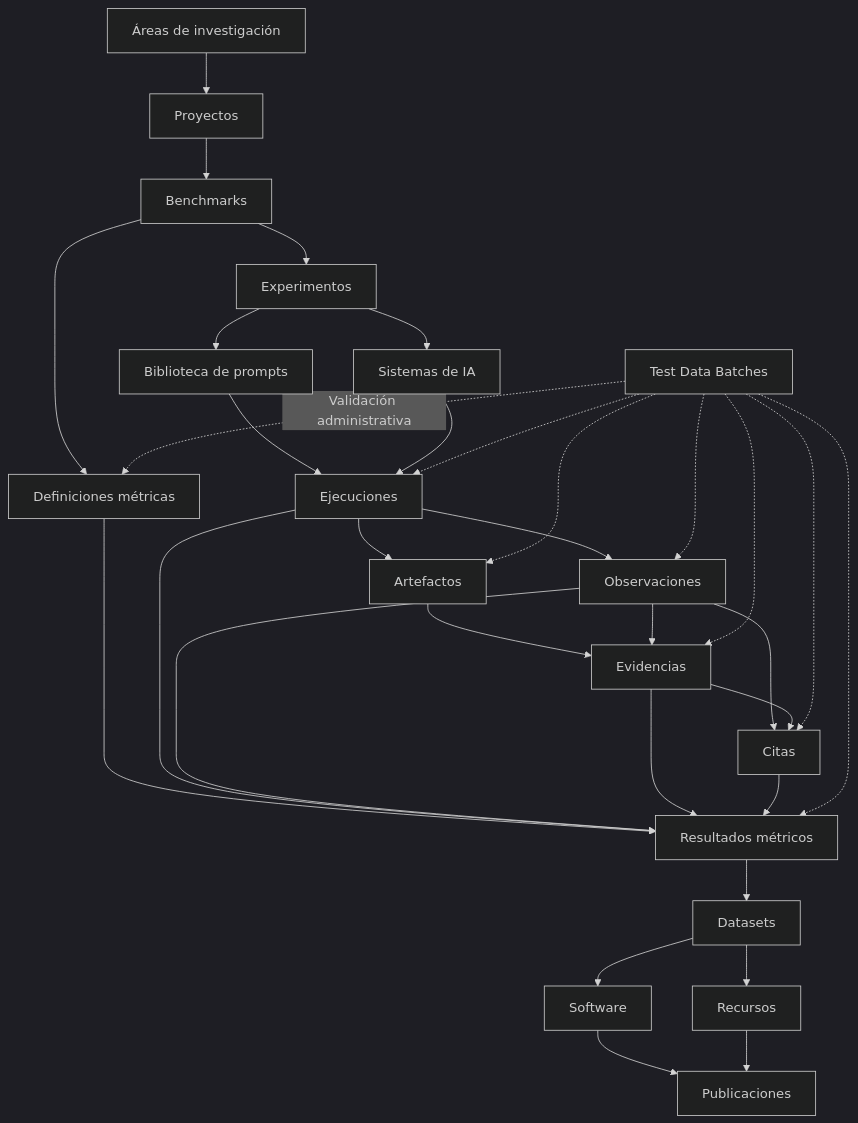
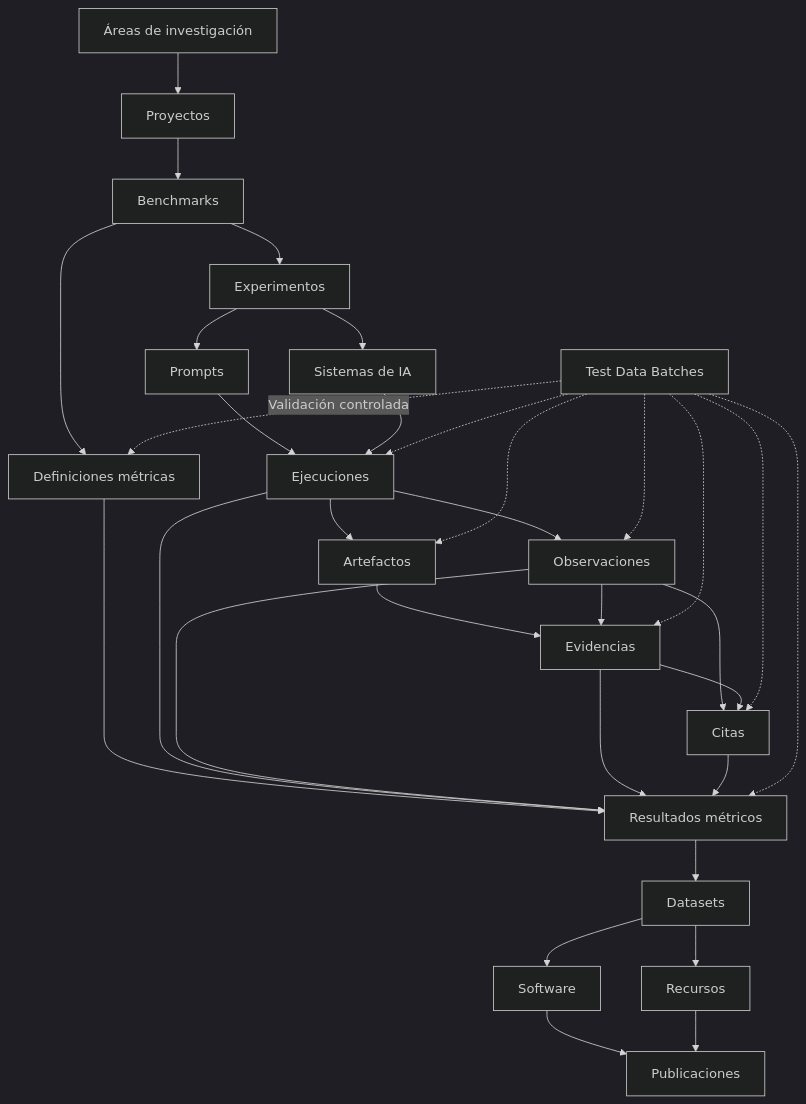
One commit to gslhub/website changed the diagram in README.es.md. Above: the diagram before and after it, drawn with Mermaid (dark theme). The commit also changed other lines of this file, not shown here.

Commit message:
docs: update Spanish project status and roadmap

````diff
--- a/README.es.md
+++ b/README.es.md
@@ -86,39 +155,39 @@
 ```mermaid
 flowchart TD
     A[Áreas de investigación] --> B[Proyectos]
     B --> C[Benchmarks]
     C --> D[Experimentos]
     C --> MD[Definiciones métricas]
 
-    D --> E[Biblioteca de prompts]
+    D --> E[Prompts]
     D --> F[Sistemas de IA]
     E --> G[Ejecuciones]
     F --> G
 
     G --> H[Observaciones]
     G --> I[Artefactos]
     I --> J[Evidencias]
     H --> J
     H --> K[Citas]
     J --> K
 
     MD --> L[Resultados métricos]
     G --> L
     H --> L
     J --> L
     K --> L
 
     L --> M[Datasets]
     M --> N[Software]
     M --> O[Recursos]
     N --> P[Publicaciones]
     O --> P
 
-    T[Test Data Batches] -. Validación administrativa .-> MD
+    T[Test Data Batches] -. Validación controlada .-> MD
     T -.-> G
     T -.-> H
     T -.-> I
     T -.-> J
     T -.-> K
     T -.-> L
 ```
````
